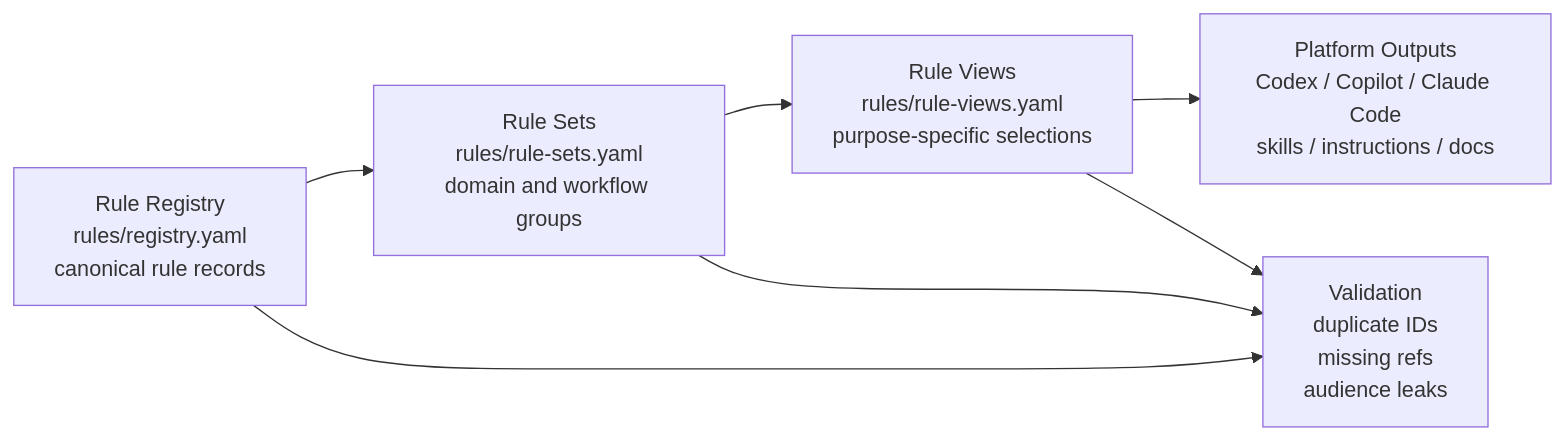
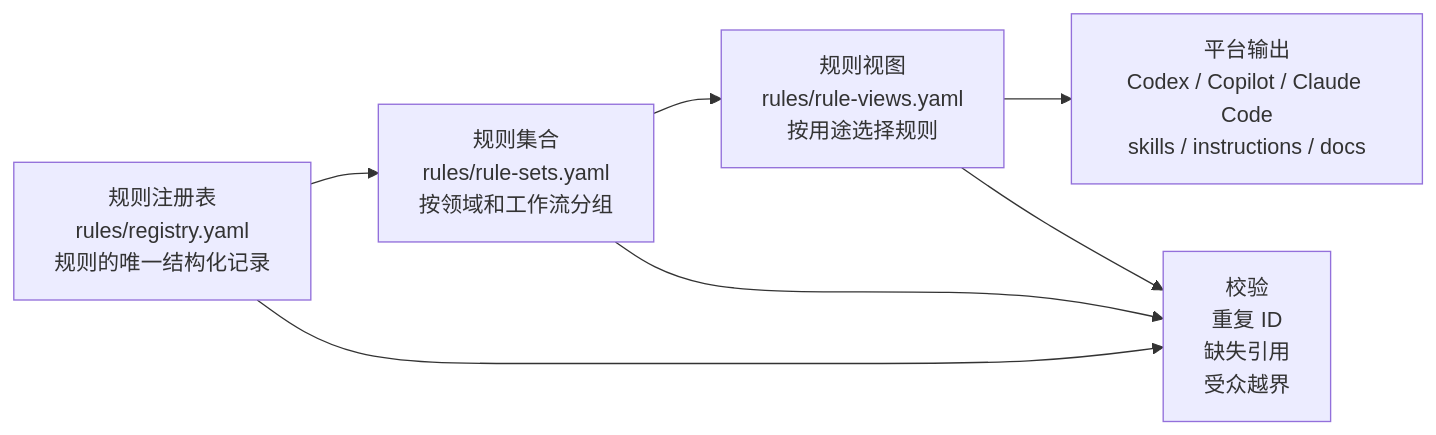
Before and after one commit to LukasChen/EFrameWork: the first of 6 diagrams in tools/MaintainerAIWorkspace/AI_RULE_VISUAL_REVIEW.md, drawn with Mermaid. The commit also changed other lines of this file, not shown here.

Commit message:
Translate AI rule visual review guide

````diff
--- a/tools/MaintainerAIWorkspace/AI_RULE_VISUAL_REVIEW.md
+++ b/tools/MaintainerAIWorkspace/AI_RULE_VISUAL_REVIEW.md
@@ -7,15 +7,15 @@
 ```mermaid
 flowchart LR
-    Registry["Rule Registry<br/>rules/registry.yaml<br/>canonical rule records"]
-    Sets["Rule Sets<br/>rules/rule-sets.yaml<br/>domain and workflow groups"]
-    Views["Rule Views<br/>rules/rule-views.yaml<br/>purpose-specific selections"]
-    Outputs["Platform Outputs<br/>Codex / Copilot / Claude Code<br/>skills / instructions / docs"]
-    Checks["Validation<br/>duplicate IDs<br/>missing refs<br/>audience leaks"]
+    Registry["规则注册表<br/>rules/registry.yaml<br/>规则的唯一结构化记录"]
+    Sets["规则集合<br/>rules/rule-sets.yaml<br/>按领域和工作流分组"]
+    Views["规则视图<br/>rules/rule-views.yaml<br/>按用途选择规则"]
+    Outputs["平台输出<br/>Codex / Copilot / Claude Code<br/>skills / instructions / docs"]
+    Checks["校验<br/>重复 ID<br/>缺失引用<br/>受众越界"]
 
     Registry --> Sets
     Sets --> Views
     Views --> Outputs
     Registry --> Checks
     Sets --> Checks
     Views --> Checks
 ```
````
